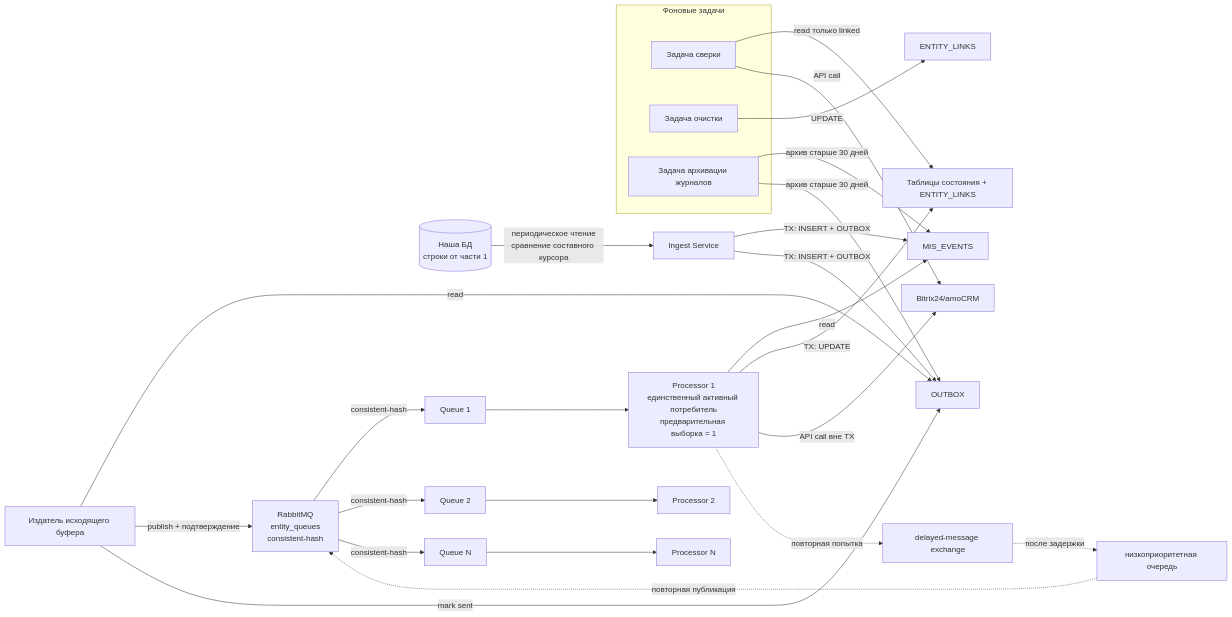
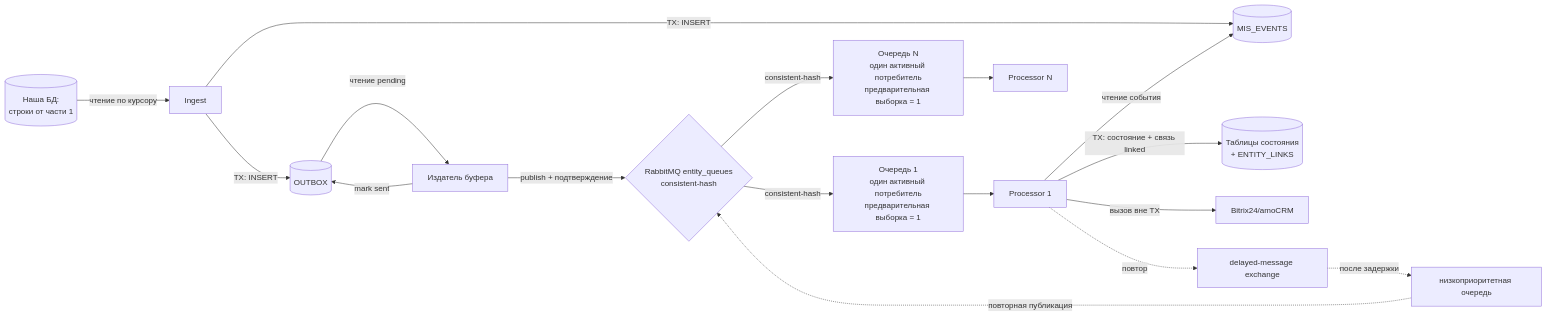
One commit to decilya/mis-crm-integration-test changed the third of 5 diagrams in README.md. Above: the diagram before and after it, drawn with Mermaid. The commit also changed other lines of this file, not shown here.

Commit message:
docs: интеграция МИС с amoCRM/Bitrix24 - архитектурный разбор

````diff
--- a/README.md
+++ b/README.md
@@ -318,38 +331,19 @@
 ```mermaid
-graph LR
-    OUR_DB[(Наша БД<br/>строки от части 1)] -->|периодическое чтение<br/>сравнение составного курсора| Ingest[Ingest Service]
-    Ingest -->|TX: INSERT + OUTBOX| MIS_EVENTS
-    Ingest -->|TX: INSERT + OUTBOX| OUTBOX
-
-    OutboxPublisher[Издатель исходящего буфера] -->|read| OUTBOX
-    OutboxPublisher -->|publish + подтверждение| RMQ[RabbitMQ<br/>entity_queues<br/>consistent-hash]
-    OutboxPublisher -->|mark sent| OUTBOX
-
-    RMQ -->|consistent-hash| Q1[Queue 1]
-    RMQ -->|consistent-hash| Q2[Queue 2]
-    RMQ -->|consistent-hash| Q3[Queue N]
-
-    Q1 --> Processor1[Processor 1<br/>единственный активный потребитель<br/>предварительная выборка = 1]
-    Q2 --> Processor2[Processor 2]
-    Q3 --> Processor3[Processor N]
-
-    Processor1 -->|read| MIS_EVENTS
-    Processor1 -->|TX: UPDATE| StateDB[Таблицы состояния + ENTITY_LINKS]
-    Processor1 -->|API call вне TX| CRM[Bitrix24/amoCRM]
-
-    Processor1 -.->|повторная попытка| DelayedExchange[delayed-message exchange]
-    DelayedExchange -.->|после задержки| LowPriorityQueue[низкоприоритетная очередь]
-    LowPriorityQueue -.->|повторная публикация| RMQ
-
-    subgraph Фоновые задачи
-        Reconciler[Задача сверки]
-        Cleanup[Задача очистки]
-        Archiver[Задача архивации журналов]
-    end
-
-    Reconciler -->|read только linked| StateDB
-    Reconciler -->|API call| CRM
-    Cleanup -->|UPDATE| ENTITY_LINKS
-    Archiver -->|архив старше 30 дней| MIS_EVENTS
-    Archiver -->|архив старше 30 дней| OUTBOX
+flowchart LR
+    OUR_DB[(Наша БД:<br/>строки от части 1)] -->|чтение по курсору| INGEST[Ingest]
+    INGEST -->|TX: INSERT| EV[(MIS_EVENTS)]
+    INGEST -->|TX: INSERT| OB[(OUTBOX)]
+    OB -->|чтение pending| PUB[Издатель буфера]
+    PUB -->|publish + подтверждение| RMQ{RabbitMQ entity_queues<br/>consistent-hash}
+    PUB -->|mark sent| OB
+    RMQ -->|consistent-hash| Q1[Очередь 1<br/>один активный потребитель<br/>предварительная выборка = 1]
+    RMQ -->|consistent-hash| QN[Очередь N<br/>один активный потребитель<br/>предварительная выборка = 1]
+    Q1 --> P1[Processor 1]
+    QN --> PN[Processor N]
+    P1 -->|чтение события| EV
+    P1 -->|TX: состояние + связь linked| ST[(Таблицы состояния<br/>+ ENTITY_LINKS)]
+    P1 -->|вызов вне TX| CRM[Bitrix24/amoCRM]
+    P1 -.->|повтор| DELAY[delayed-message exchange]
+    DELAY -.->|после задержки| LPQ[низкоприоритетная очередь]
+    LPQ -.->|повторная публикация| RMQ
 ```
````
